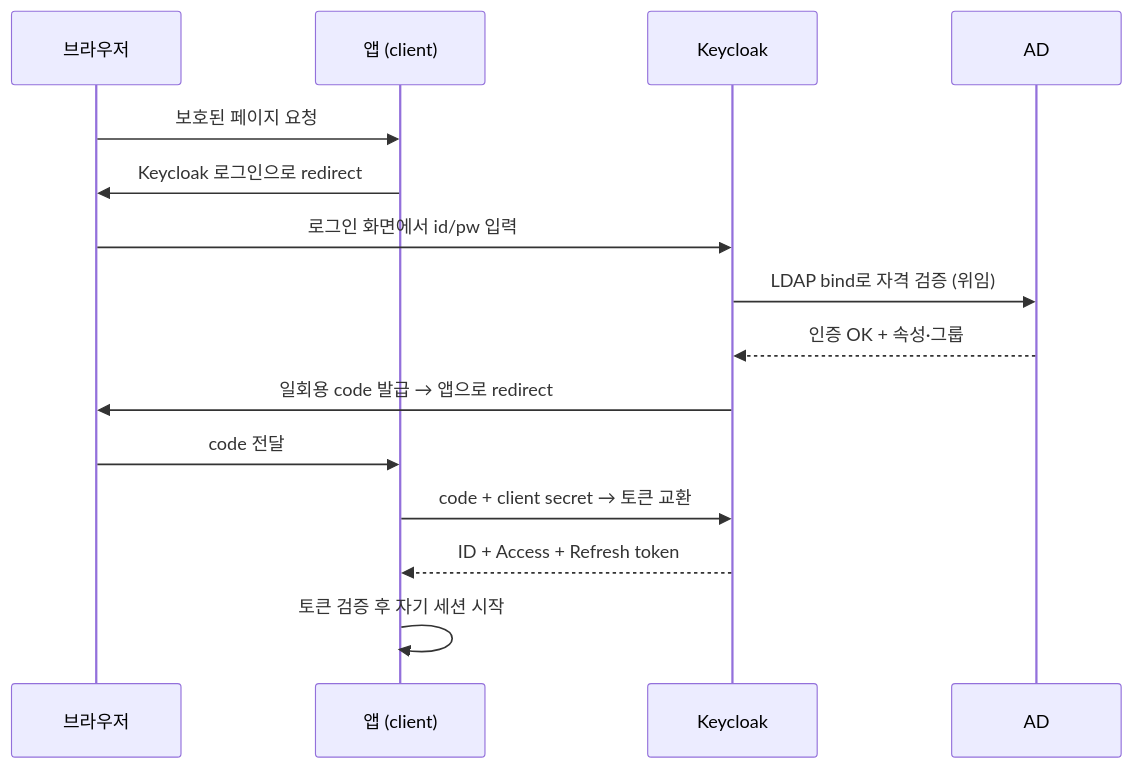
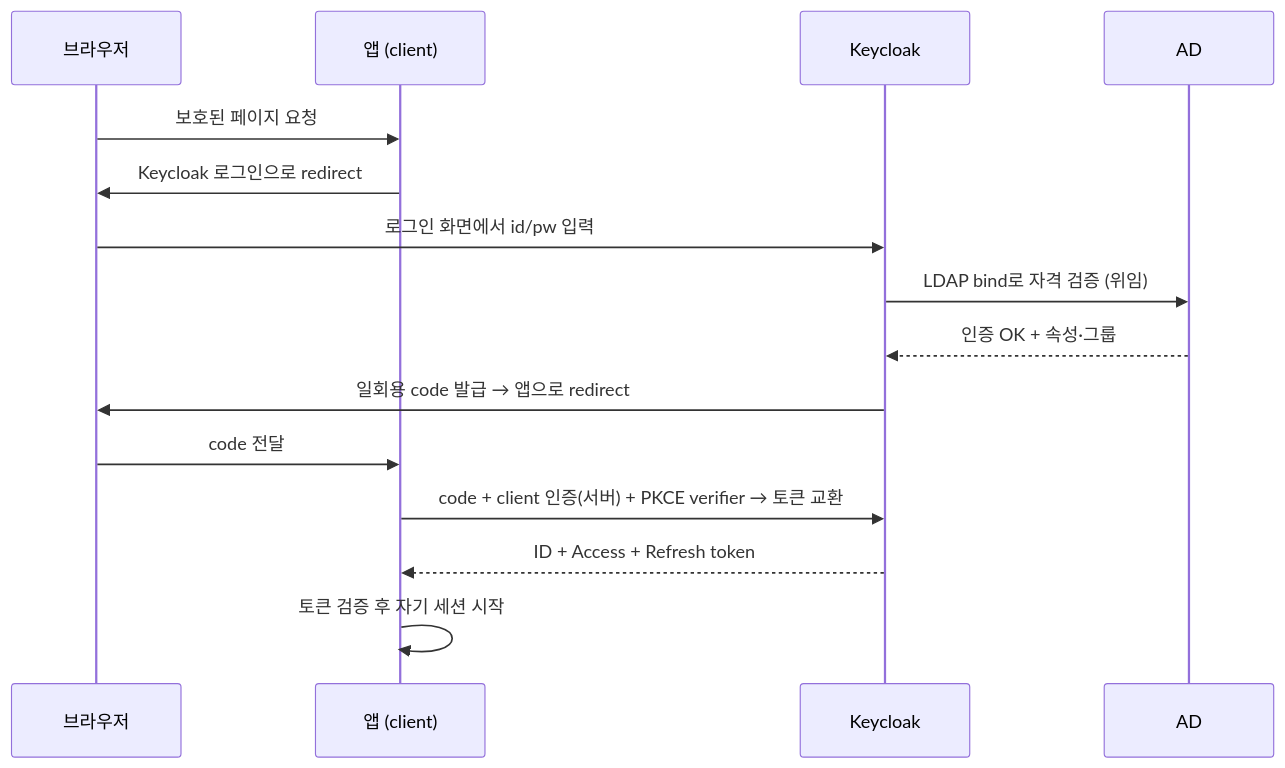
Before and after one commit to mechurak/study-starlight: the diagram in src/content/docs/keycloak/02-oauth-oidc.mdx, drawn with Mermaid. The commit also changed other lines of this file and 16 other files, not shown here.

````diff
--- a/src/content/docs/keycloak/02-oauth-oidc.mdx
+++ b/src/content/docs/keycloak/02-oauth-oidc.mdx
@@ -87,18 +91,18 @@
 ```mermaid
 sequenceDiagram
     participant U as 브라우저
     participant A as 앱 (client)
     participant K as Keycloak
     participant AD as AD
 
     U->>A: 보호된 페이지 요청
     A->>U: Keycloak 로그인으로 redirect
     U->>K: 로그인 화면에서 id/pw 입력
     K->>AD: LDAP bind로 자격 검증 (위임)
     AD-->>K: 인증 OK + 속성·그룹
     K->>U: 일회용 code 발급 → 앱으로 redirect
     U->>A: code 전달
-    A->>K: code + client secret → 토큰 교환
+    A->>K: code + client 인증(서버) + PKCE verifier → 토큰 교환
     K-->>A: ID + Access + Refresh token
     A->>A: 토큰 검증 후 자기 세션 시작
 ```
````
